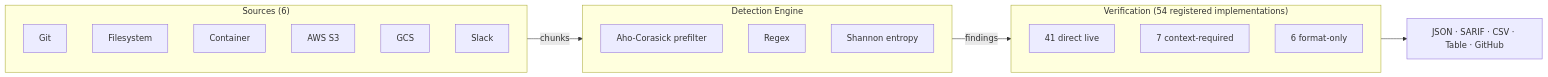
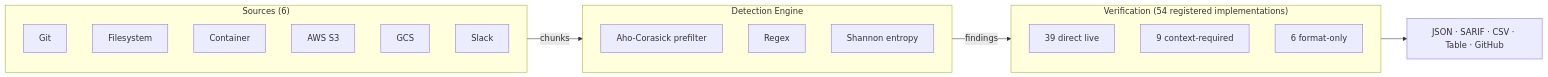
One commit to cemililik/Leakwatch changed the diagram in README.md. Above: the diagram before and after it, drawn with Mermaid. The commit also changed other lines of this file and 55 other files, not shown here.

````diff
--- a/README.md
+++ b/README.md
@@ -285,24 +285,24 @@
 ```mermaid
 flowchart LR
     subgraph Sources["Sources (6)"]
         S1["Git"]
         S2["Filesystem"]
         S3["Container"]
         S4["AWS S3"]
         S5["GCS"]
         S6["Slack"]
     end
     subgraph Engine["Detection Engine"]
         E1["Aho-Corasick prefilter"]
         E2["Regex"]
         E3["Shannon entropy"]
     end
     subgraph Verify["Verification (54 registered implementations)"]
-        V1["41 direct live"]
-        V2["7 context-required"]
+        V1["39 direct live"]
+        V2["9 context-required"]
         V3["6 format-only"]
     end
     Sources -->|chunks| Engine
     Engine -->|findings| Verify
     Verify --> Output["JSON · SARIF · CSV · Table · GitHub"]
 ```
````
